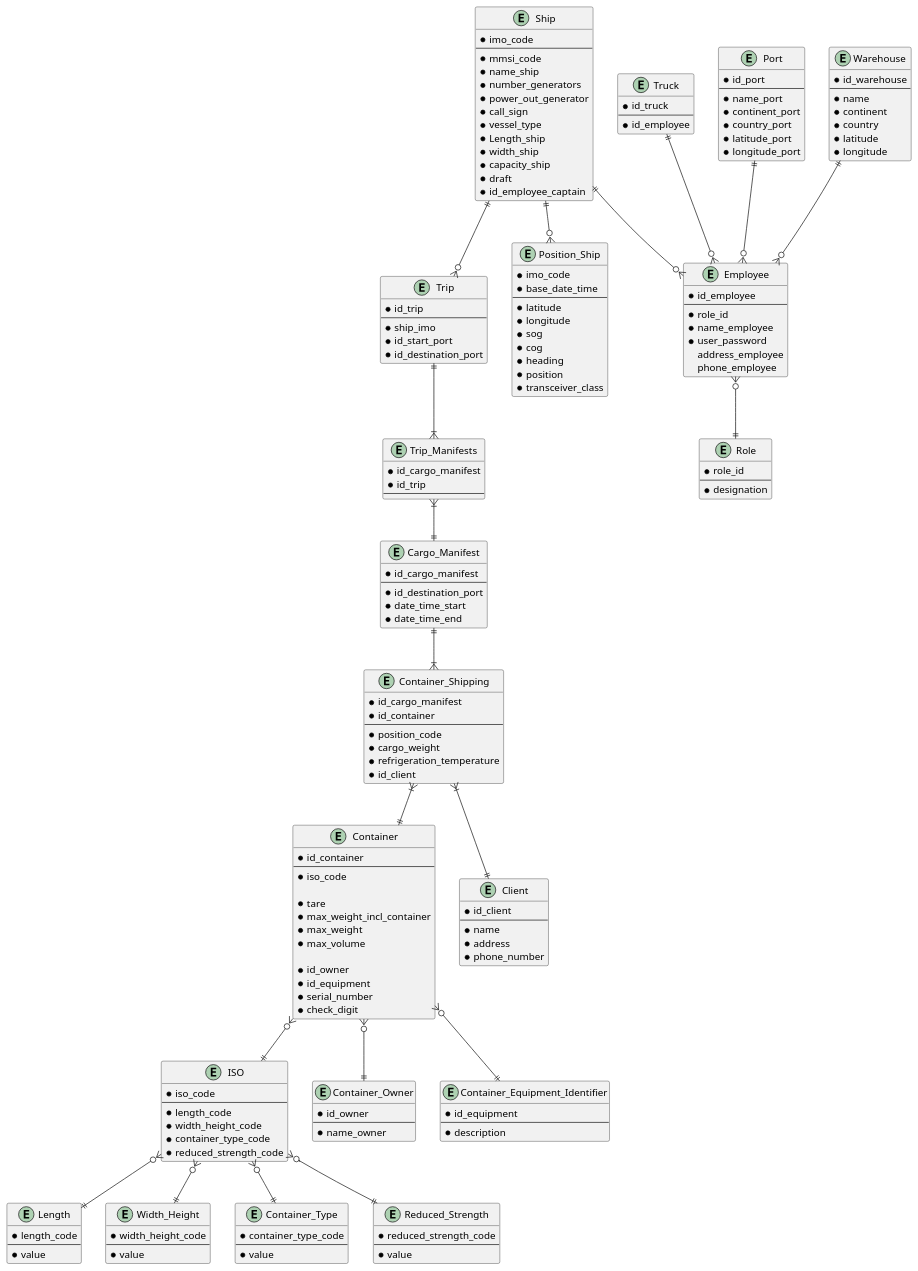
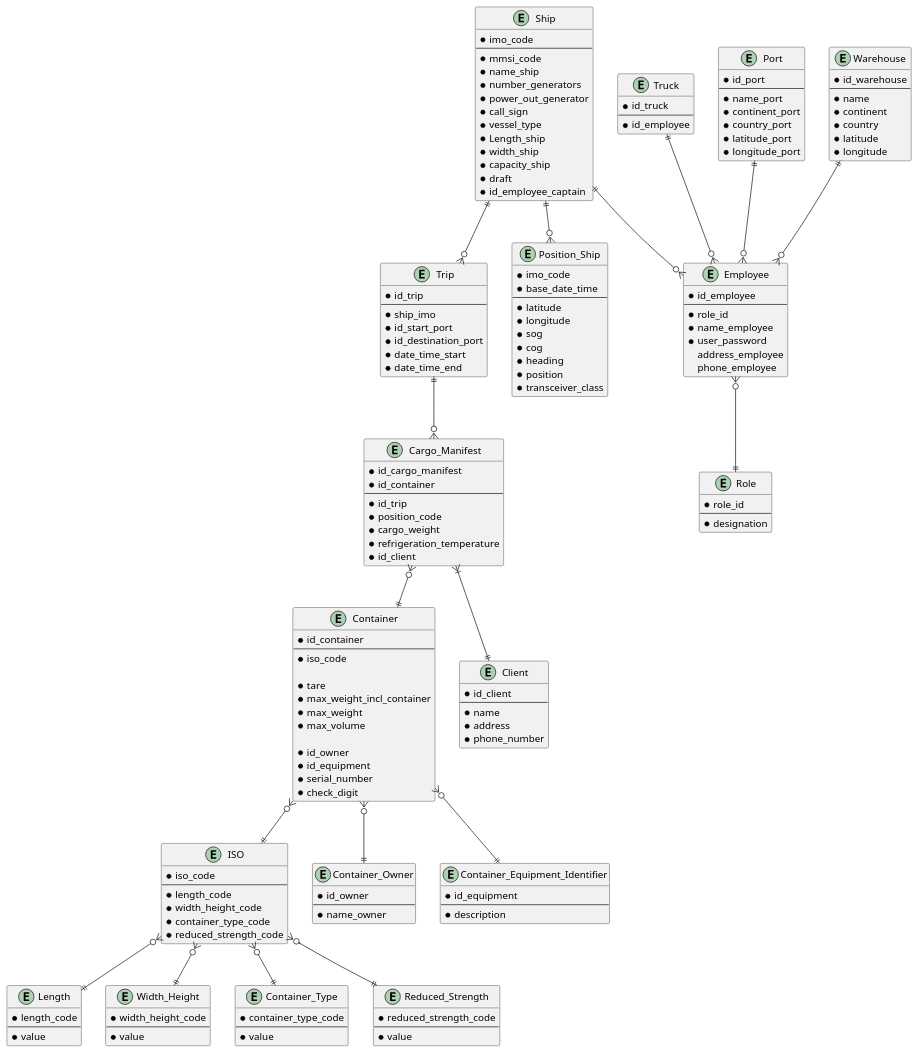
One commit to 1190772/LAB-Project-3 changed the diagram in docs/Sprint 2/US/US108/logical_model.puml. Above: the diagram before and after it, drawn with PlantUML. The commit also changed 1 other file, not shown here.

```diff
--- a/docs/Sprint 2/US/US108/logical_model.puml
+++ b/docs/Sprint 2/US/US108/logical_model.puml
@@ -1,197 +1,184 @@
 @startuml
 
 entity Trip {
 * id_trip
 --
 * ship_imo
 * id_start_port
 * id_destination_port
+* date_time_start
+* date_time_end
 }
 
 entity Container {
 * id_container
 --
 * iso_code
 
 * tare
 * max_weight_incl_container
 * max_weight
 * max_volume
 
 * id_owner
 * id_equipment
 * serial_number
 * check_digit
 }
 
 entity ISO {
 * iso_code
 --
 * length_code
 * width_height_code
 * container_type_code
 * reduced_strength_code
 }
 
 entity Length {
 * length_code
 --
 * value
 }
 
 entity Width_Height {
 * width_height_code
 --
 * value
 }
 
 entity Container_Type {
 * container_type_code
 --
 * value
 }
 
 entity Reduced_Strength {
 * reduced_strength_code
 --
 * value
 }
 
 entity Cargo_Manifest {
 * id_cargo_manifest
---
-* id_destination_port
-* date_time_start
-* date_time_end
-}
-
-entity Trip_Manifests {
-* id_cargo_manifest
-* id_trip
---
-}
-
-entity Container_Shipping {
-* id_cargo_manifest
 * id_container
 --
+* id_trip
 * position_code
 * cargo_weight
 * refrigeration_temperature
 * id_client
 }
 
 entity Truck {
 * id_truck
 --
 * id_employee
 }
 
 entity Ship {
 * imo_code
 --
 * mmsi_code
 * name_ship
 * number_generators
 * power_out_generator
 * call_sign
 * vessel_type
 * Length_ship
 * width_ship
 * capacity_ship
 * draft
 * id_employee_captain
 }
 
 entity Port {
 * id_port
 --
 * name_port
 * continent_port
 * country_port
 * latitude_port
 * longitude_port
 }
 
 entity Warehouse {
 * id_warehouse
 --
 * name
 * continent
 * country
 * latitude
 * longitude
 }
 
 entity Employee{
 * id_employee
 --
 * role_id
 * name_employee
 * user_password
  address_employee
  phone_employee
 }
 
 entity Position_Ship {
 * imo_code
 * base_date_time
 --
 * latitude
 * longitude
 * sog
 * cog
 * heading
 * position
 * transceiver_class
 }
 
 entity Role {
 * role_id
 --
 * designation
 }
 
 entity Client {
 * id_client
 --
 * name
 * address
 * phone_number
 }
 
 entity Container_Owner {
 * id_owner
 --
 * name_owner
 }
 
 entity Container_Equipment_Identifier {
 * id_equipment
 --
 * description
 }
 
 ISO }o--|| Length
 ISO }o--|| Width_Height
 ISO }o--|| Container_Type
 ISO }o--|| Reduced_Strength
 
 Container }o--|| Container_Owner
 Container }o--|| Container_Equipment_Identifier
 Container }o--|| ISO
-Cargo_Manifest ||--|{ Container_Shipping
-Container_Shipping }|--|| Container
-Container_Shipping }|--|| Client
-Trip ||--|{ Trip_Manifests
-Trip_Manifests }|--|| Cargo_Manifest
+Trip ||--o{ Cargo_Manifest
+Cargo_Manifest }o--|| Container
+Cargo_Manifest }|--|| Client
 Ship ||--o{ Position_Ship
 
 Truck ||--o{ Employee
 Ship ||--o{ Trip
 Ship ||--o{ Employee
 Warehouse ||--o{ Employee
 Port ||--o{ Employee
 Employee }o--|| Role
 
 @enduml
```
